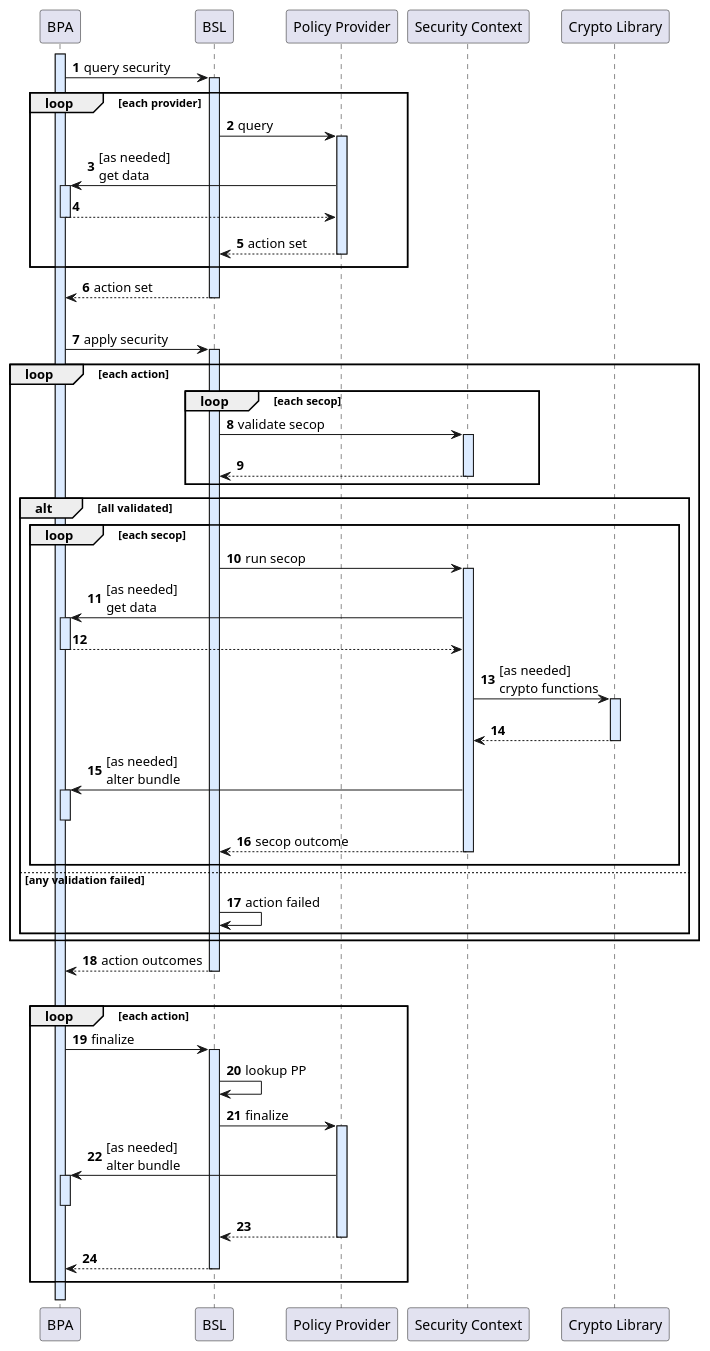
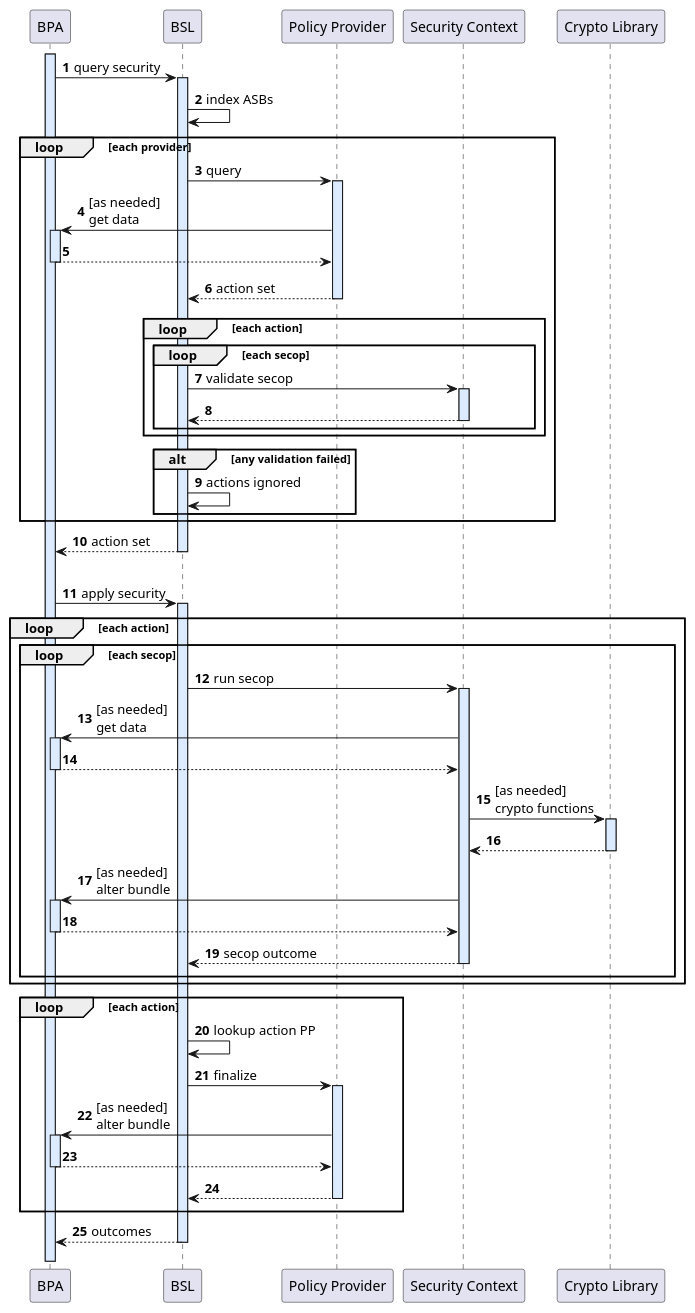
One commit to NASA-AMMOS/BSL-docs changed the diagram in user-guide/static/bundle-workflow.puml. Above: the diagram before and after it, drawn with PlantUML.

Commit message:
align diagram with BSL source

```diff
--- a/user-guide/static/bundle-workflow.puml
+++ b/user-guide/static/bundle-workflow.puml
@@ -1,104 +1,100 @@
 @startuml
 autonumber
 
 participant "BPA" as BPA
 participant "BSL" as BSL
 participant "Policy Provider" as Policy
 participant "Security Context" as SC
 participant "Crypto Library" as Crypto
 
 activate BPA #dcebff
 BPA -> BSL : query security
 activate BSL #dcebff
+
+BSL -> BSL : index ASBs
+
 loop each provider
     BSL -> Policy : query
 
     activate Policy #dcebff
     Policy -> BPA : [as needed]\nget data
 
     activate BPA #dcebff
     BPA --> Policy
     deactivate BPA
-
     ||5||
 
     Policy --> BSL : action set
+    deactivate Policy
     ||5||
-    deactivate Policy
+
+    loop each action
+
+        loop each secop
+            BSL -> SC : validate secop
+            activate SC #dcebff
+            SC --> BSL
+            deactivate SC
+        end
+    end
+
+    alt any validation failed
+        BSL -> BSL : actions ignored
+    end
 end
 BSL --> BPA : action set
 deactivate BSL
 
 ||20||
 
 BPA -> BSL : apply security
 activate BSL #dcebff
 
 loop each action
     loop each secop
-        BSL -> SC : validate secop
+
+        BSL -> SC : run secop
         activate SC #dcebff
-        ||10||
-        SC --> BSL
+
+        SC -> BPA : [as needed]\nget data
+        activate BPA #dcebff
+        BPA --> SC
+        deactivate BPA
+
+        SC -> Crypto : [as needed]\ncrypto functions
+        activate Crypto #dcebff
+        Crypto --> SC
+        deactivate Crypto
+
+        SC -> BPA : [as needed]\nalter bundle
+        activate BPA #dcebff
+        BPA --> SC
+        deactivate BPA
+
+        SC --> BSL : secop outcome
         deactivate SC
-    end
-
-    alt all validated
-
-        loop each secop
-
-            BSL -> SC : run secop
-            activate SC #dcebff
-
-            SC -> BPA : [as needed]\nget data
-            activate BPA #dcebff
-            BPA --> SC
-            deactivate BPA
-
-            SC -> Crypto : [as needed]\ncrypto functions
-            activate Crypto #dcebff
-            ||10||
-            Crypto --> SC
-            deactivate Crypto
-
-            SC -> BPA : [as needed]\nalter bundle
-            activate BPA #dcebff
-            deactivate BPA
-
-            SC --> BSL : secop outcome
-            ||5||
-            deactivate SC
-        end
-    else any validation failed
-        BSL -> BSL : action failed
+        ||5||
     end
 end
-BSL --> BPA : action outcomes
-deactivate BSL
-
-||20||
 
 loop each action
-    BPA -> BSL : finalize
-    activate BSL #dcebff
-
-    BSL -> BSL : lookup PP
+    BSL -> BSL : lookup action PP
 
     BSL -> Policy : finalize
     activate Policy #dcebff
 
     Policy -> BPA : [as needed]\nalter bundle
     activate BPA #dcebff
+    BPA --> Policy
     deactivate BPA
 
     Policy --> BSL
     deactivate Policy
-
-    BSL --> BPA
-    deactivate BSL
     ||5||
 end
 
+BSL --> BPA : outcomes
+deactivate BSL
 ||10||
 
 @enduml
```
